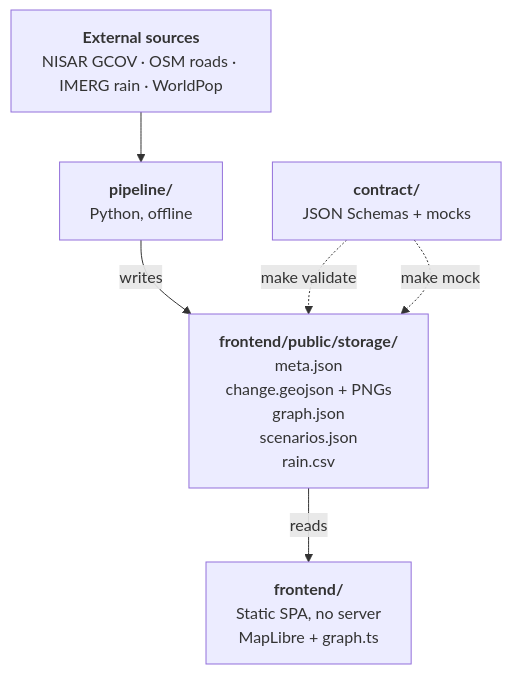
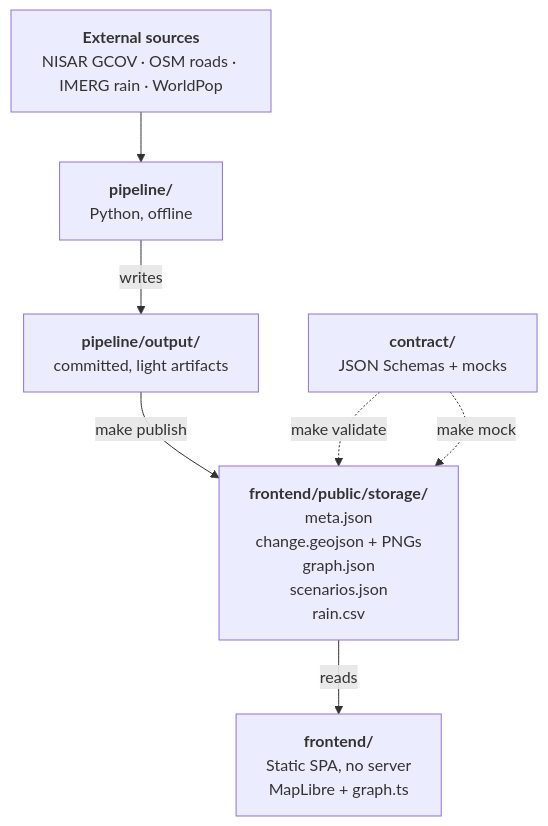
Before and after one commit to WGuillenDev/vantage: the diagram in context/structure.md, drawn with Mermaid. The commit also changed other lines of this file and 3 other files, not shown here.

````diff
--- a/context/structure.md
+++ b/context/structure.md
@@ -7,14 +7,16 @@
 ```mermaid
 flowchart TD
     src["<b>External sources</b><br/>NISAR GCOV · OSM roads · IMERG rain · WorldPop"]
     pipe["<b>pipeline/</b><br/>Python, offline"]
+    out["<b>pipeline/output/</b><br/>committed, light artifacts"]
     data["<b>frontend/public/storage/</b><br/>meta.json<br/>change.geojson + PNGs<br/>graph.json<br/>scenarios.json<br/>rain.csv"]
     spa["<b>frontend/</b><br/>Static SPA, no server<br/>MapLibre + graph.ts"]
     contract["<b>contract/</b><br/>JSON Schemas + mocks"]
 
     src --> pipe
-    pipe -->|writes| data
+    pipe -->|writes| out
+    out -->|make publish| data
     data -->|reads| spa
     contract -. "make validate" .-> data
     contract -. "make mock" .-> data
 ```
````
